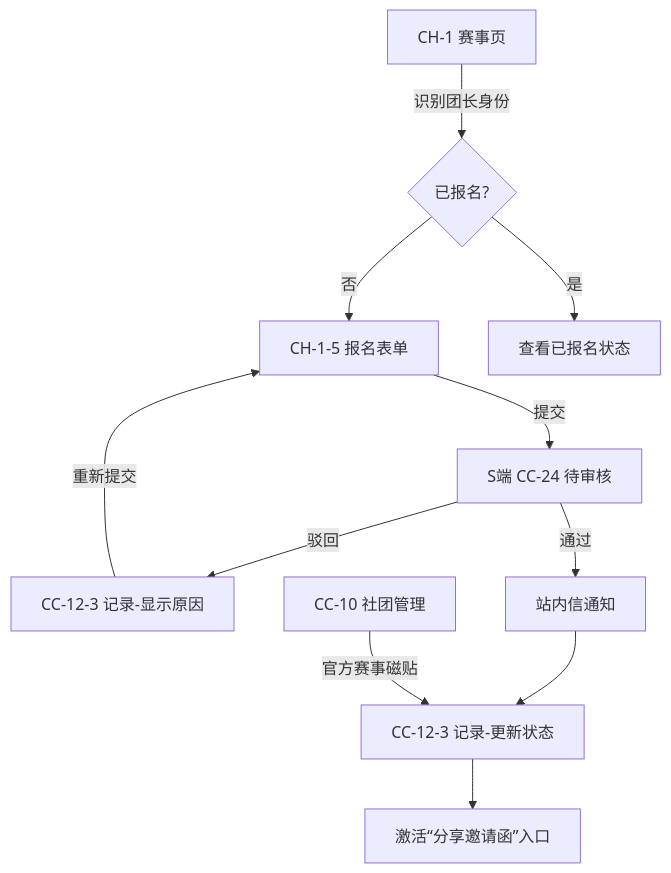
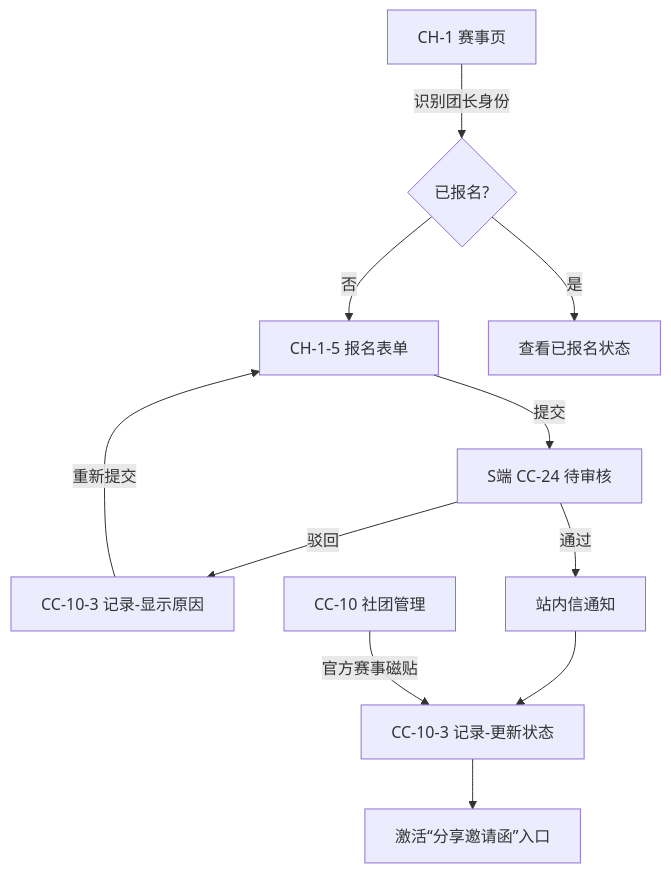
The second of 4 diagrams in drafts/v1.4/flow-framework.md (farasun/AI-PRD-Lecai), drawn with Mermaid before and after one commit. The commit also changed other lines of this file and 23 other files, not shown here.

Commit message:
v1.4 流程图重构：引入 Python 渲染脚本并更新 HTML 原型

````diff
--- a/drafts/v1.4/flow-framework.md
+++ b/drafts/v1.4/flow-framework.md
@@ -57,16 +57,16 @@
 ```mermaid
 graph TD
     A[CH-1 赛事页] -- 识别团长身份 --> B{已报名?}
     B -- 否 --> C[CH-1-5 报名表单]
     C -- 提交 --> D[S端 CC-24 待审核]
     B -- 是 --> E[查看已报名状态]
     
-    D -- 驳回 --> F[CC-12-3 记录-显示原因]
+    D -- 驳回 --> F[CC-10-3 记录-显示原因]
     F -- 重新提交 --> C
     
     D -- 通过 --> G[站内信通知]
-    G --> H[CC-12-3 记录-更新状态]
+    G --> H[CC-10-3 记录-更新状态]
     H --> I[激活“分享邀请函”入口]
     
     J[CC-10 社团管理] -- 官方赛事磁贴 --> H
 ```
````
